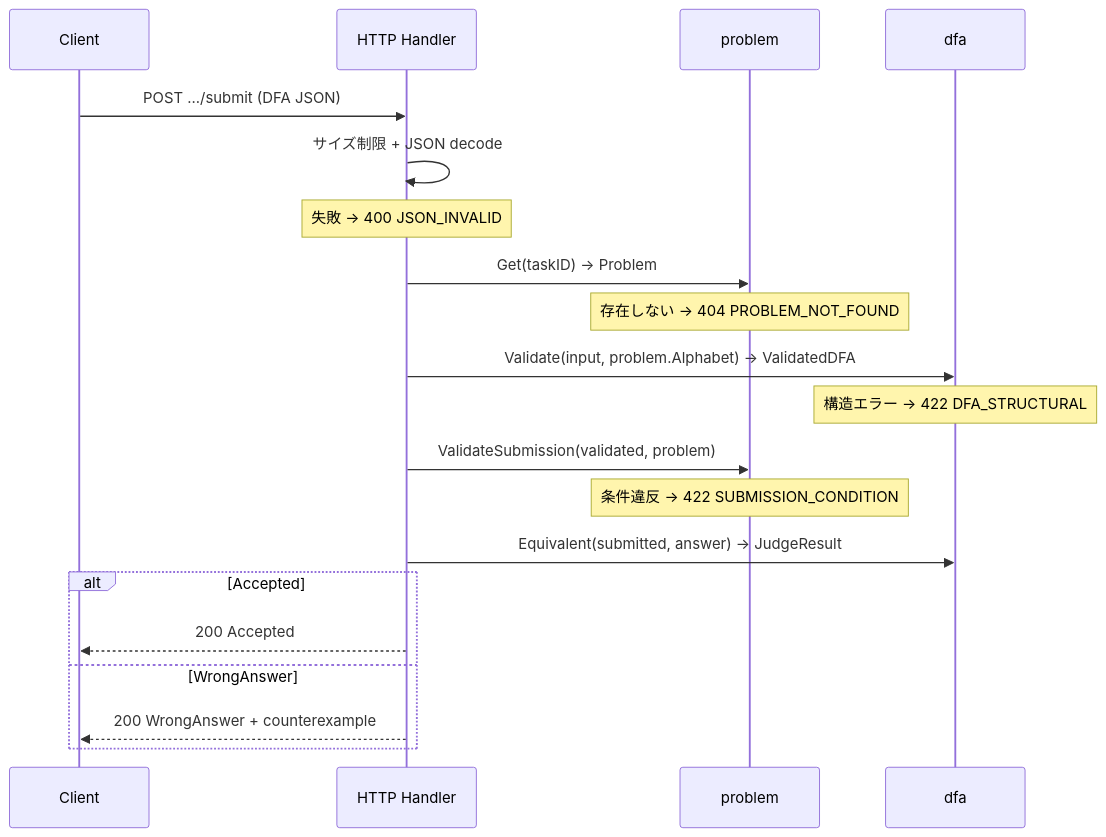
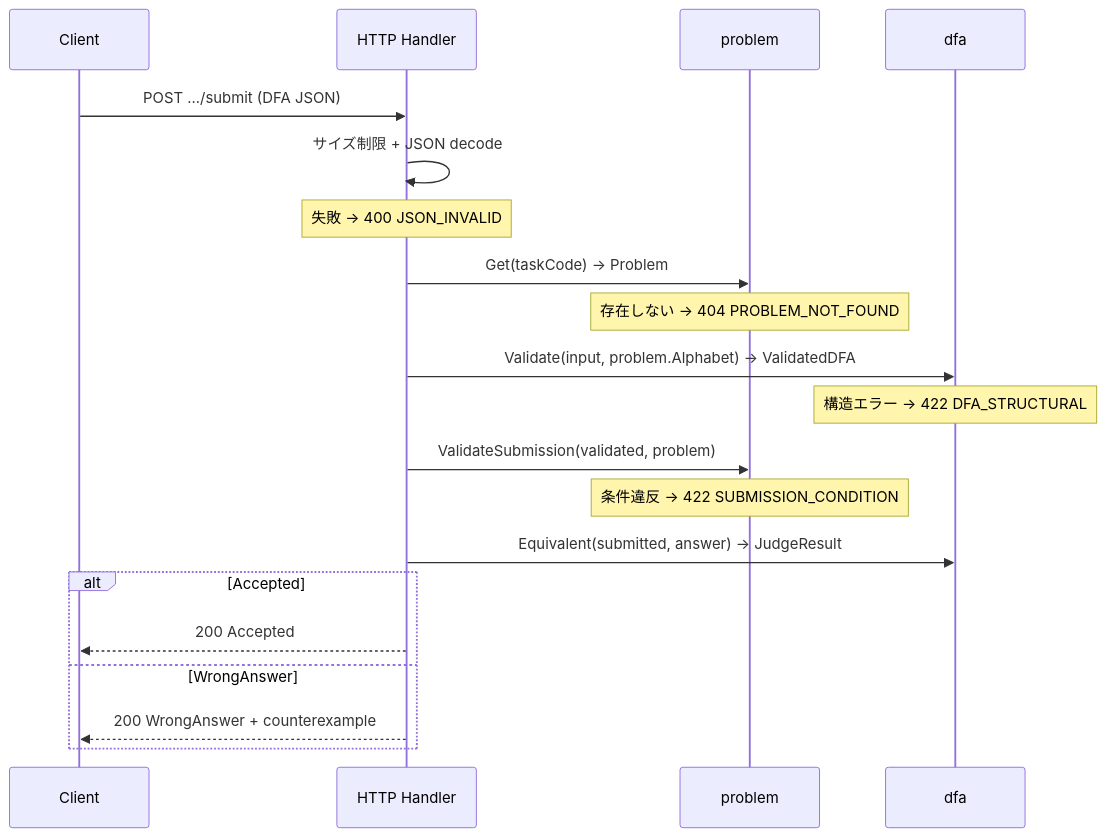
One commit to automaton-games/fa-design-game changed the third of 3 diagrams in docs/reference/system-design.md. Above: the diagram before and after it, drawn with Mermaid. The commit also changed other lines of this file and 1 other file, not shown here.

First line of the commit message:
openapi/system-design を公開識別子(slug/code)へ対応

````diff
--- a/docs/reference/system-design.md
+++ b/docs/reference/system-design.md
@@ -200,22 +200,22 @@
 ```mermaid
 sequenceDiagram
     participant C as Client
     participant H as HTTP Handler
     participant P as problem
     participant D as dfa
     C->>H: POST .../submit (DFA JSON)
     H->>H: サイズ制限 + JSON decode
     note over H: 失敗 → 400 JSON_INVALID
-    H->>P: Get(taskID) → Problem
+    H->>P: Get(taskCode) → Problem
     note over P: 存在しない → 404 PROBLEM_NOT_FOUND
     H->>D: Validate(input, problem.Alphabet) → ValidatedDFA
     note over D: 構造エラー → 422 DFA_STRUCTURAL
     H->>P: ValidateSubmission(validated, problem)
     note over P: 条件違反 → 422 SUBMISSION_CONDITION
     H->>D: Equivalent(submitted, answer) → JudgeResult
     alt Accepted
         H-->>C: 200 Accepted
     else WrongAnswer
         H-->>C: 200 WrongAnswer + counterexample
     end
 ```
````
